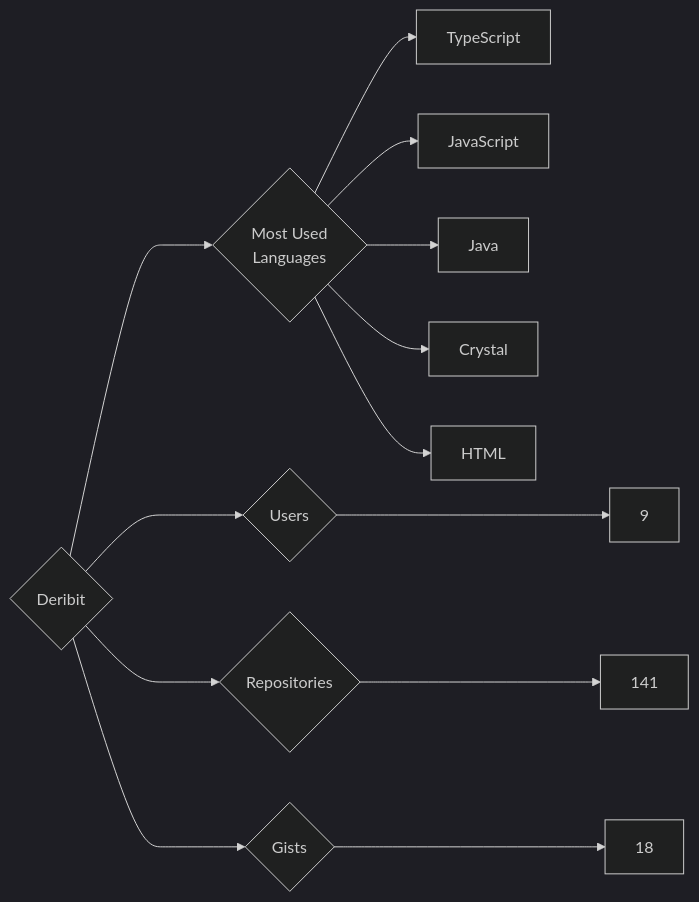
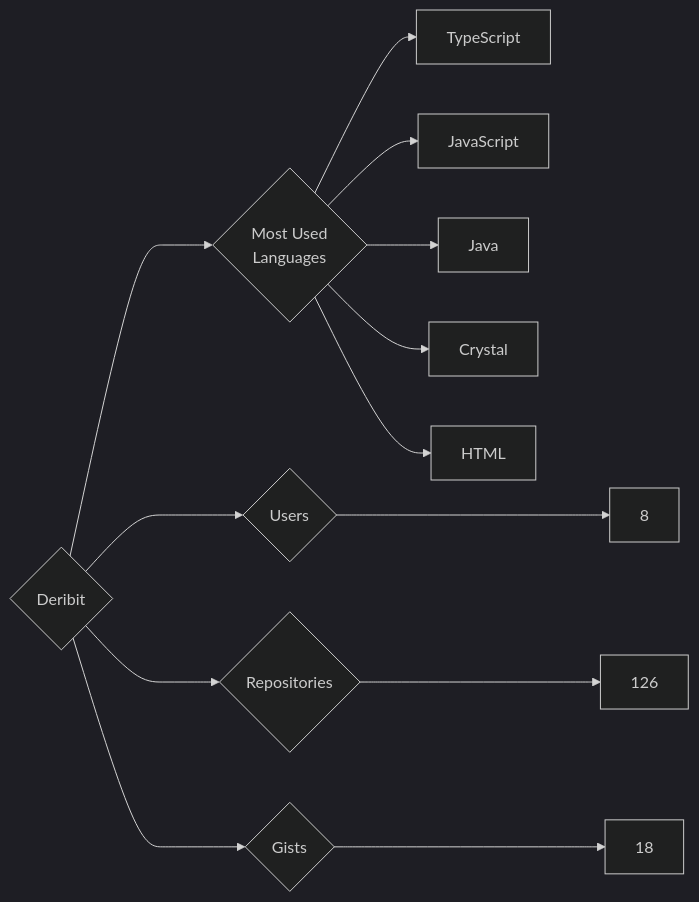
One commit to trickest/insiders changed the diagram in targets/Deribit/README.md. Above: the diagram before and after it, drawn with Mermaid (dark theme). The commit also changed 840 other files, not shown here.

````diff
--- a/targets/Deribit/README.md
+++ b/targets/Deribit/README.md
@@ -3,13 +3,13 @@
 ```mermaid
 graph LR
 COMPANY_NAME{Deribit}
-COMPANY_NAME ---> U{Users} ---> UN[9]
-COMPANY_NAME ---> R{Repositories} ---> RN[141]
+COMPANY_NAME ---> U{Users} ---> UN[8]
+COMPANY_NAME ---> R{Repositories} ---> RN[126]
 COMPANY_NAME ---> G{Gists} ---> GN[18]
 COMPANY_NAME ---> ML{Most Used<br>Languages}
 ML --> TypeScript[TypeScript]
 ML --> JavaScript[JavaScript]
 ML --> Java[Java]
 ML --> Crystal[Crystal]
 ML --> HTML[HTML]
 ```
````
